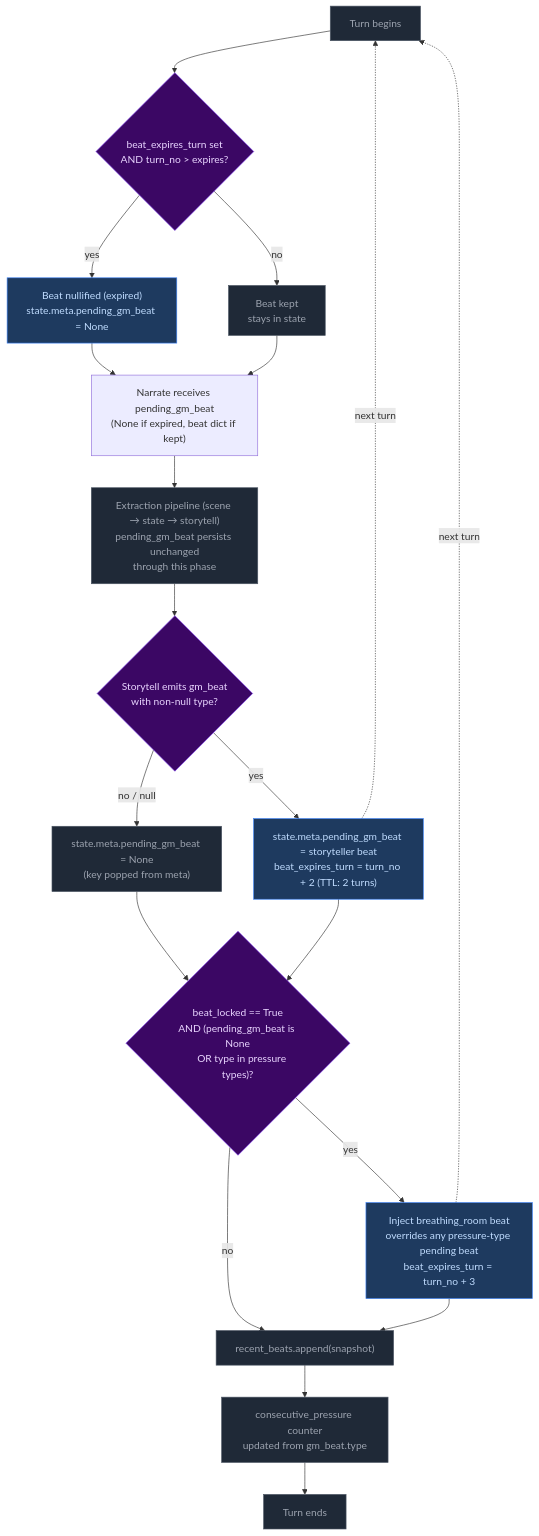
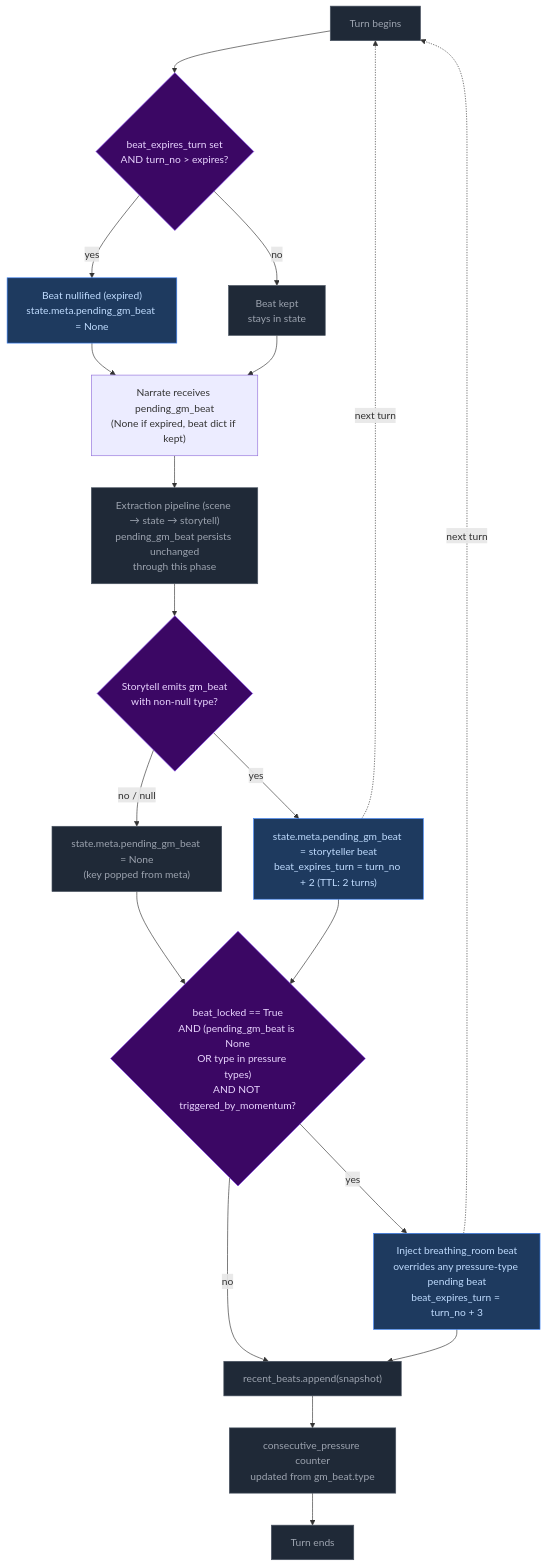
One commit to pww217/fablethread changed the second of 4 diagrams in docs/architecture/step2c-storytell.md. Above: the diagram before and after it, drawn with Mermaid. The commit also changed other lines of this file and 2 other files, not shown here.

````diff
--- a/docs/architecture/step2c-storytell.md
+++ b/docs/architecture/step2c-storytell.md
@@ -75,37 +75,37 @@
 ```mermaid
 flowchart TD
     classDef pyNode fill:#1f2937,color:#9ca3af,stroke:#4b5563
     classDef decision fill:#3b0764,color:#e9d5ff,stroke:#7c3aed
     classDef output fill:#1e3a5f,color:#bfdbfe,stroke:#3b82f6
 
     START["Turn begins"]:::pyNode --> EXPIRY{"beat_expires_turn set<br>AND turn_no > expires?"}:::decision
     EXPIRY -- yes --> NULLIFIED["Beat nullified (expired)<br>state.meta.pending_gm_beat = None"]:::output
     EXPIRY -- no --> KEEPBEAT["Beat kept<br>stays in state"]:::pyNode
 
     NULLIFIED --> NARRATE["Narrate receives pending_gm_beat<br>(None if expired, beat dict if kept)"]
     KEEPBEAT --> NARRATE
 
     NARRATE --> EXTRACTION["Extraction pipeline (scene → state → storytell)<br>pending_gm_beat persists unchanged<br>through this phase"]:::pyNode
 
     EXTRACTION --> STORYLLM{"Storytell emits gm_beat<br>with non-null type?"}:::decision
     STORYLLM -- "yes" --> STORED["state.meta.pending_gm_beat = storyteller beat<br>beat_expires_turn = turn_no + 2 (TTL: 2 turns)"]:::output
 
     STORYLLM -- "no / null" --> POPPED["state.meta.pending_gm_beat = None<br>(key popped from meta)"]:::pyNode
-    POPPED --> FLOOR{"beat_locked == True<br>AND (pending_gm_beat is None<br>    OR type in pressure types)?"}:::decision
+    POPPED --> FLOOR{"beat_locked == True<br>AND (pending_gm_beat is None<br>    OR type in pressure types)<br>AND NOT triggered_by_momentum?"}:::decision
     STORED --> FLOOR
 
     FLOOR -- yes --> BREATHING["Inject breathing_room beat<br>overrides any pressure-type pending beat<br>beat_expires_turn = turn_no + 3"]:::output
 
     FLOOR -- no --> APPEND_BEATS["recent_beats.append(snapshot)"]:::pyNode
     BREATHING --> APPEND_BEATS
 
     APPEND_BEATS --> COUNTER["consecutive_pressure counter<br>updated from gm_beat.type"]:::pyNode
     COUNTER --> DONE["Turn ends"]:::pyNode
 
     STORED -. "next turn" .-> START
     BREATHING -. "next turn" .-> START
 
     style EXPIRY fill:#3b0764,color:#e9d5ff,stroke:#7c3aed
     style STORYLLM fill:#3b0764,color:#e9d5ff,stroke:#7c3aed
     style FLOOR fill:#3b0764,color:#e9d5ff,stroke:#7c3aed
 ```
````
